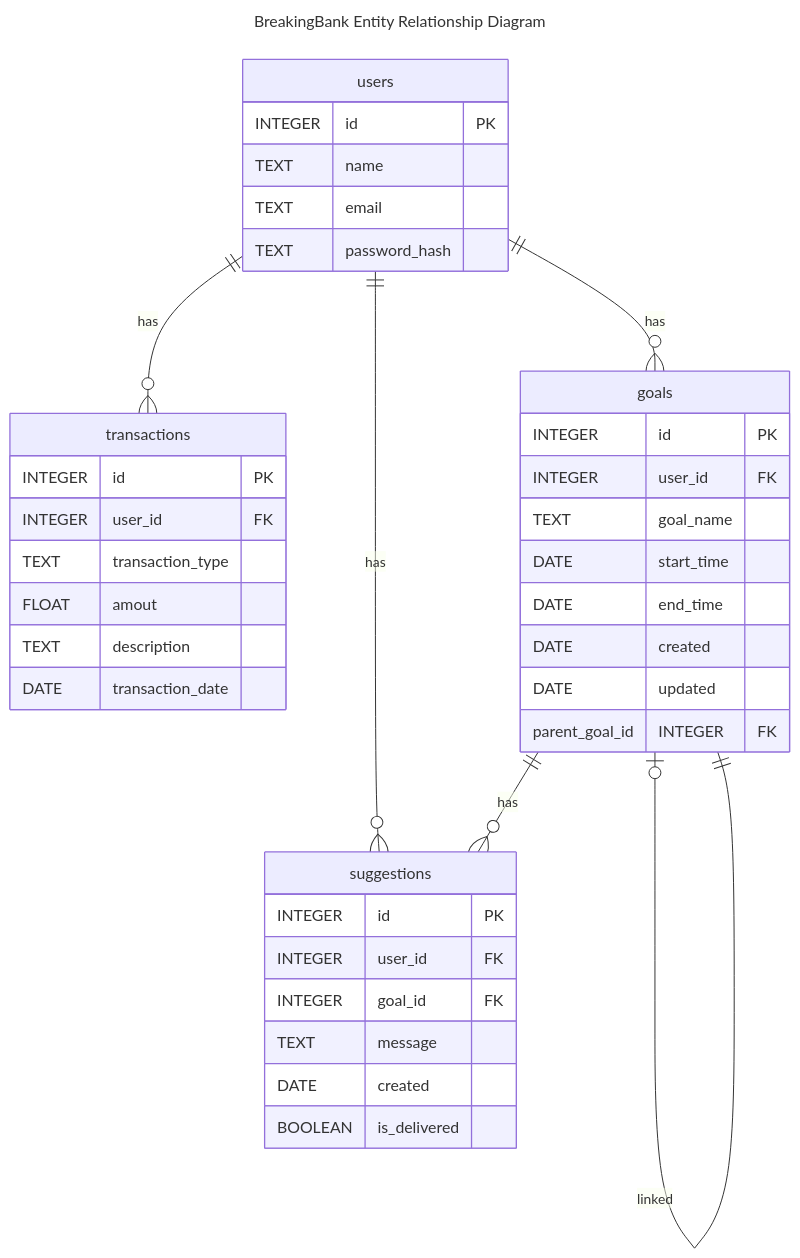
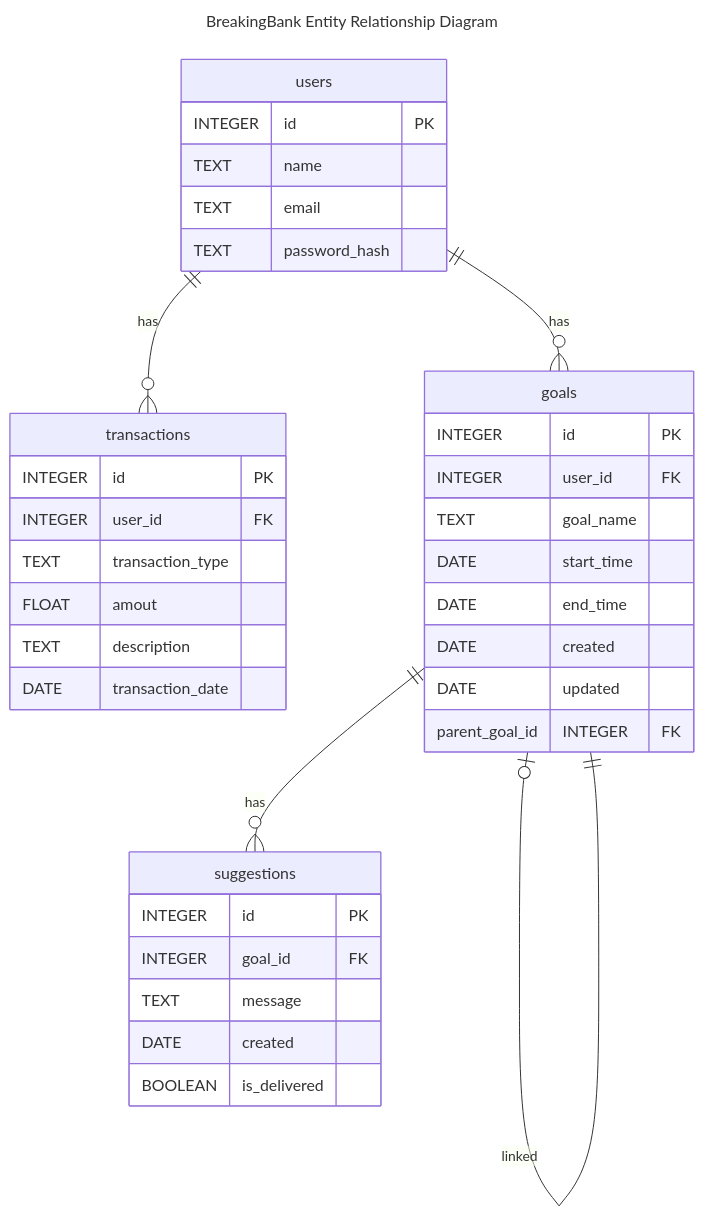
One commit to AlexandriaParkCS/2026-y12-SE-PhilipYaroshchyk-pwa-obsidian-portfolio changed the diagram in 02. My Portfolio/3. Application Design/AD-05 Entity Relationship Diagrams.md. Above: the diagram before and after it, drawn with Mermaid. The commit also changed other lines of this file and 4 other files, not shown here.

Commit message:
I applied feedback I recieved to diagrams

````diff
--- a/02. My Portfolio/3. Application Design/AD-05 Entity Relationship Diagrams.md
+++ b/02. My Portfolio/3. Application Design/AD-05 Entity Relationship Diagrams.md
@@ -2,45 +2,43 @@
 ``` mermaid
 --- 
 title: BreakingBank Entity Relationship Diagram
 --- 
 erDiagram
     users one -- many transactions : has
     users {
         INTEGER id PK
         TEXT name
         TEXT email
         TEXT password_hash
     }
     transactions {
         INTEGER id PK
         INTEGER user_id FK
         TEXT transaction_type
         FLOAT amout
         TEXT description
         DATE transaction_date
     }
     users one -- many goals : has
     goals one or zero -- one goals : linked
     goals {
 	    INTEGER id PK
 	    INTEGER user_id FK
 	    TEXT goal_name
 	    DATE start_time
 	    DATE end_time
 	    DATE created
 	    DATE updated
 	    parent_goal_id INTEGER FK
     }
-    users one -- many suggestions: has
     goals one -- many suggestions: has
     suggestions {
 	    INTEGER id PK
-	    INTEGER user_id FK
 	    INTEGER goal_id FK
 	    TEXT message
 	    DATE created
 	    BOOLEAN is_delivered
     }
     
     
 ```
````
